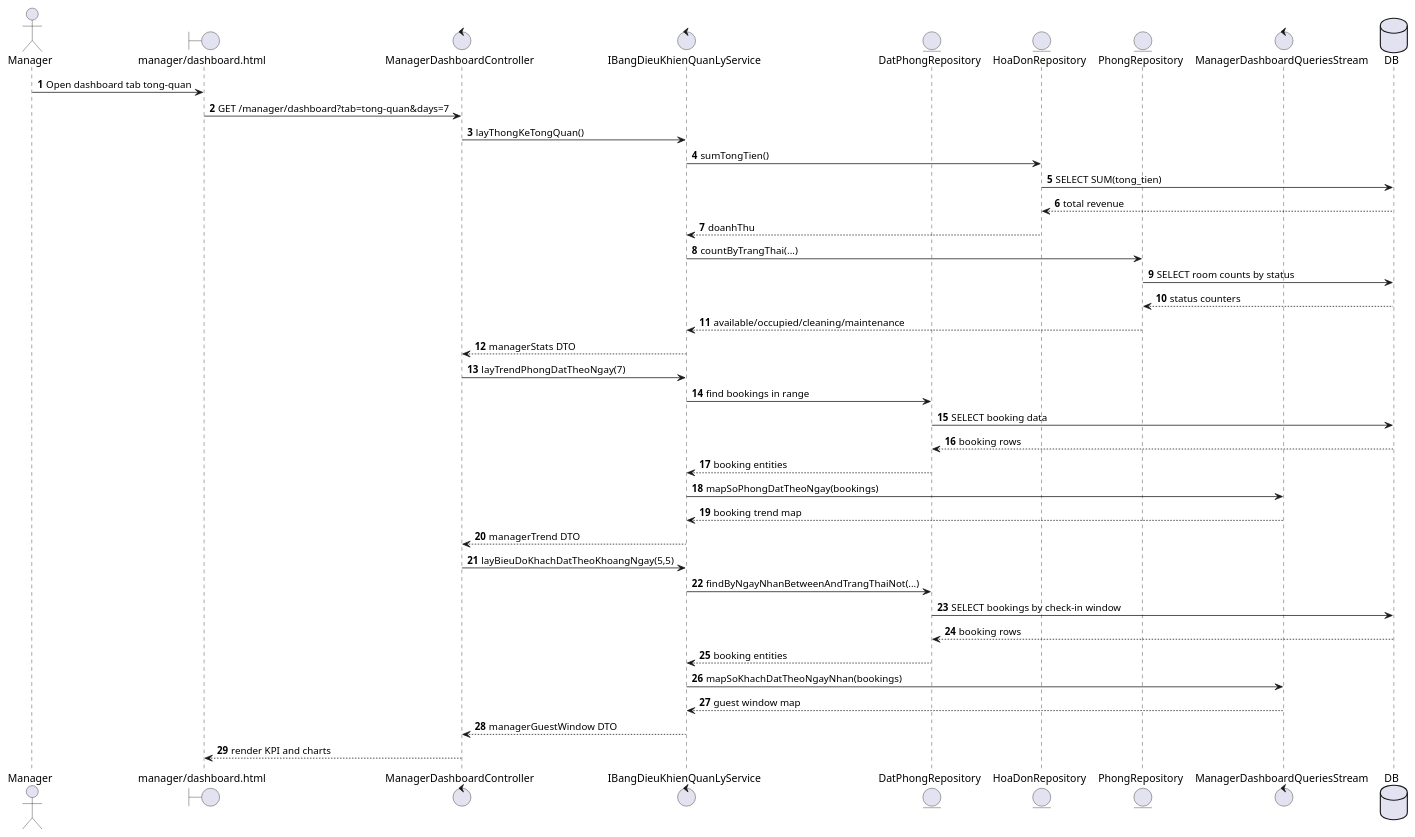
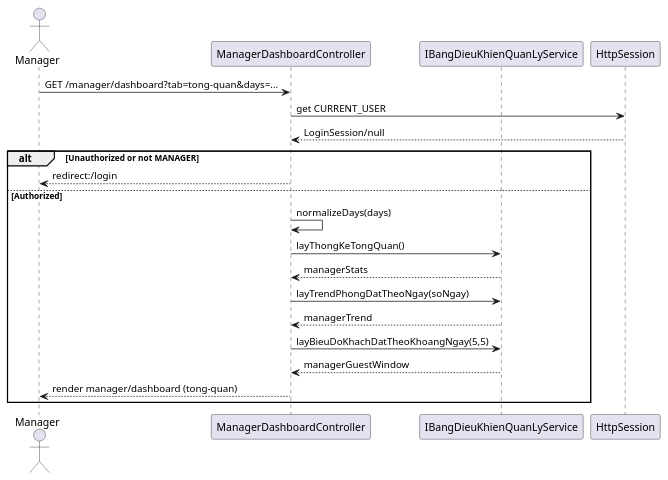
One commit to HuynhDuyNguyenITSPKT/CK_Hotel_LTTT changed the diagram in uml/Seqụence/sequence_create_dashboard_summary_manager.puml. Above: the diagram before and after it, drawn with PlantUML. The commit also changed 32 other files, not shown here.

```diff
--- a/uml/Seqụence/sequence_create_dashboard_summary_manager.puml
+++ b/uml/Seqụence/sequence_create_dashboard_summary_manager.puml
@@ -1,50 +1,23 @@
 @startuml
-autonumber
 actor Manager
-boundary "manager/dashboard.html" as View
-control "ManagerDashboardController" as Controller
-control "IBangDieuKhienQuanLyService" as DashboardService
-entity "DatPhongRepository" as BookingRepo
-entity "HoaDonRepository" as InvoiceRepo
-entity "PhongRepository" as RoomRepo
-control "ManagerDashboardQueriesStream" as QueryStream
-database "DB" as DB
+participant "ManagerDashboardController" as Controller
+participant "IBangDieuKhienQuanLyService" as DashboardService
+participant "HttpSession" as Session
 
-Manager -> View: Open dashboard tab tong-quan
-View -> Controller: GET /manager/dashboard?tab=tong-quan&days=7
-Controller -> DashboardService: layThongKeTongQuan()
+Manager -> Controller : GET /manager/dashboard?tab=tong-quan&days=...
+Controller -> Session : get CURRENT_USER
+Session --> Controller : LoginSession/null
 
-DashboardService -> InvoiceRepo: sumTongTien()
-InvoiceRepo -> DB: SELECT SUM(tong_tien)
-DB --> InvoiceRepo: total revenue
-InvoiceRepo --> DashboardService: doanhThu
-
-DashboardService -> RoomRepo: countByTrangThai(...)
-RoomRepo -> DB: SELECT room counts by status
-DB --> RoomRepo: status counters
-RoomRepo --> DashboardService: available/occupied/cleaning/maintenance
-
-DashboardService --> Controller: managerStats DTO
-
-Controller -> DashboardService: layTrendPhongDatTheoNgay(7)
-
-DashboardService -> BookingRepo: find bookings in range
-BookingRepo -> DB: SELECT booking data
-DB --> BookingRepo: booking rows
-BookingRepo --> DashboardService: booking entities
-
-DashboardService -> QueryStream: mapSoPhongDatTheoNgay(bookings)
-QueryStream --> DashboardService: booking trend map
-DashboardService --> Controller: managerTrend DTO
-
-Controller -> DashboardService: layBieuDoKhachDatTheoKhoangNgay(5,5)
-DashboardService -> BookingRepo: findByNgayNhanBetweenAndTrangThaiNot(...)
-BookingRepo -> DB: SELECT bookings by check-in window
-DB --> BookingRepo: booking rows
-BookingRepo --> DashboardService: booking entities
-DashboardService -> QueryStream: mapSoKhachDatTheoNgayNhan(bookings)
-QueryStream --> DashboardService: guest window map
-DashboardService --> Controller: managerGuestWindow DTO
-
-Controller --> View: render KPI and charts
+alt Unauthorized or not MANAGER
+  Controller --> Manager : redirect:/login
+else Authorized
+  Controller -> Controller : normalizeDays(days)
+  Controller -> DashboardService : layThongKeTongQuan()
+  DashboardService --> Controller : managerStats
+  Controller -> DashboardService : layTrendPhongDatTheoNgay(soNgay)
+  DashboardService --> Controller : managerTrend
+  Controller -> DashboardService : layBieuDoKhachDatTheoKhoangNgay(5,5)
+  DashboardService --> Controller : managerGuestWindow
+  Controller --> Manager : render manager/dashboard (tong-quan)
+end
 @enduml
```
